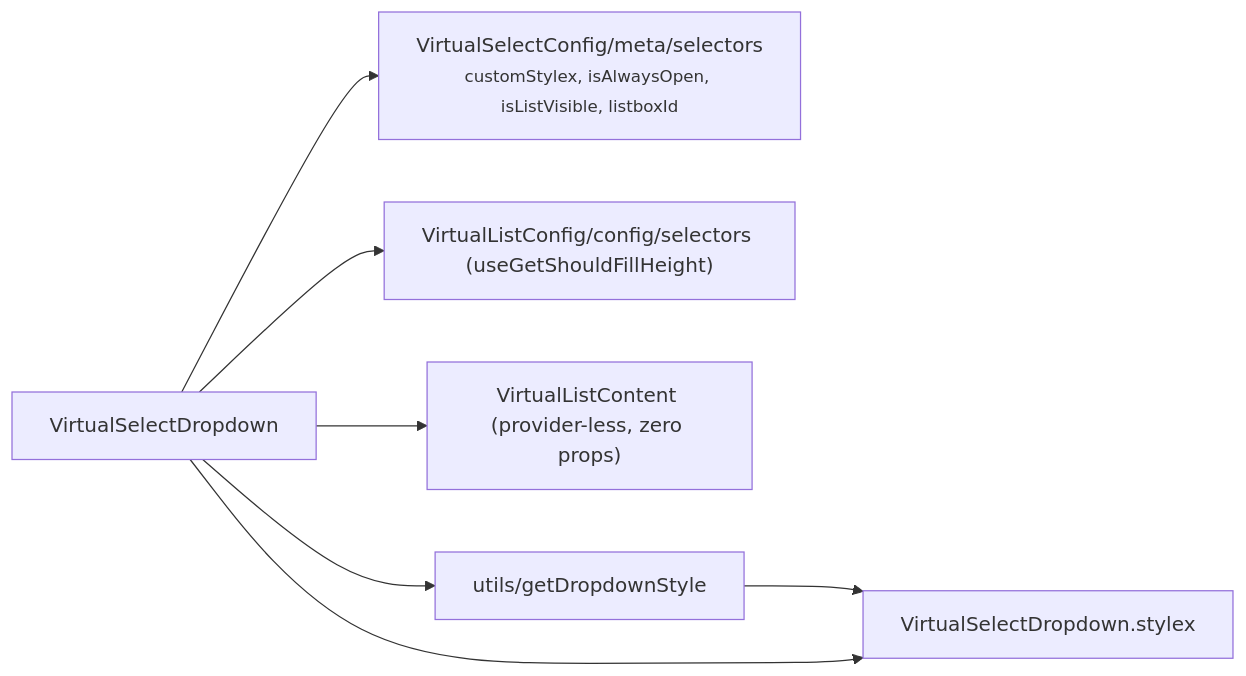
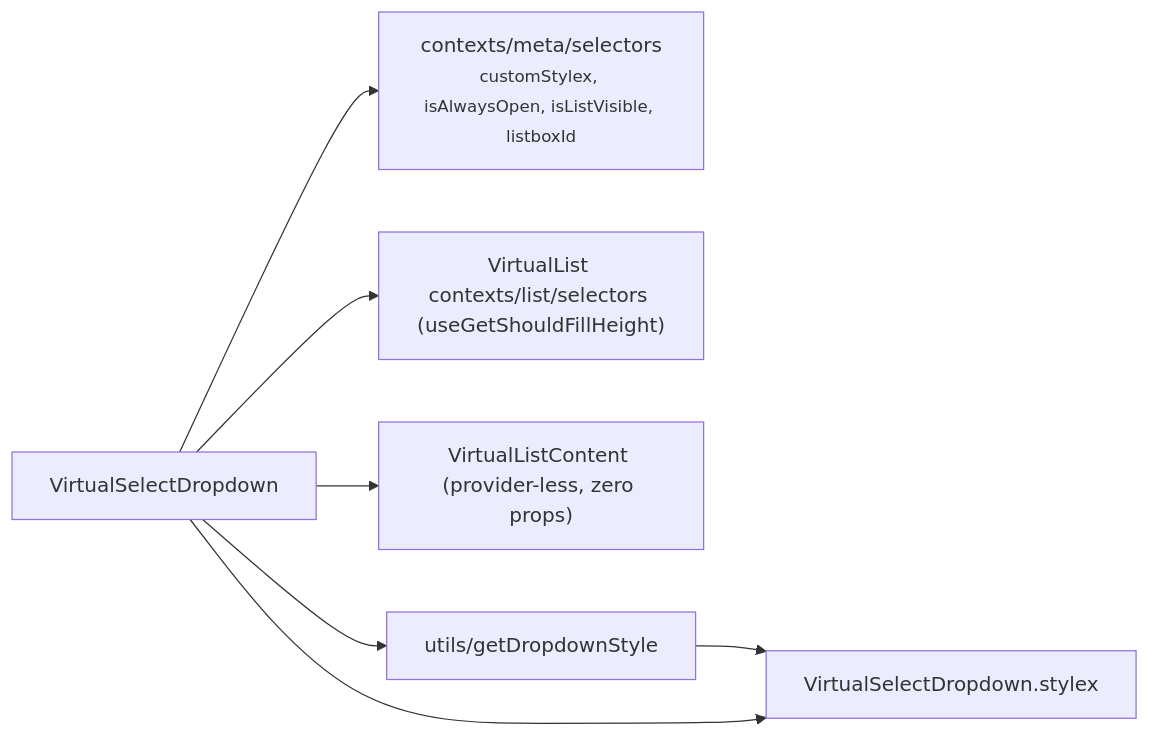
One commit to luciocabrera/lcabrera-stack changed the diagram in packages/ui/src/components/VirtualSelect/VirtualSelectDropdown/ARCHITECTURE.md. Above: the diagram before and after it, drawn with Mermaid. The commit also changed other lines of this file and 29 other files, not shown here.

````diff
--- a/packages/ui/src/components/VirtualSelect/VirtualSelectDropdown/ARCHITECTURE.md
+++ b/packages/ui/src/components/VirtualSelect/VirtualSelectDropdown/ARCHITECTURE.md
@@ -21,9 +21,9 @@
 ```mermaid
 graph LR
-  VSD["VirtualSelectDropdown"] --> MSEL["VirtualSelectConfig/meta/selectors\n<small>customStylex, isAlwaysOpen, isListVisible, listboxId</small>"]
-  VSD --> LSEL["VirtualListConfig/config/selectors (useGetShouldFillHeight)"]
+  VSD["VirtualSelectDropdown"] --> MSEL["contexts/meta/selectors\n<small>customStylex, isAlwaysOpen, isListVisible, listboxId</small>"]
+  VSD --> LSEL["VirtualList contexts/list/selectors (useGetShouldFillHeight)"]
   VSD --> VLC["VirtualListContent (provider-less, zero props)"]
   VSD --> GDS["utils/getDropdownStyle"]
   GDS --> VSD_stylex["VirtualSelectDropdown.stylex"]
   VSD --> VSD_stylex
 ```
````
